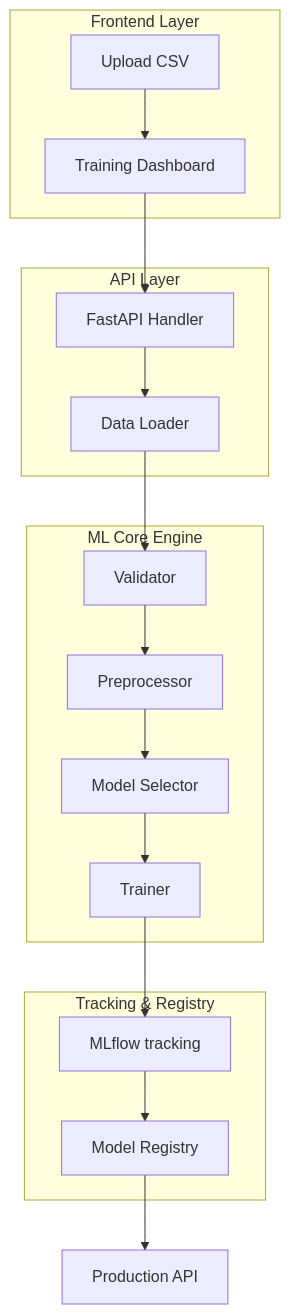
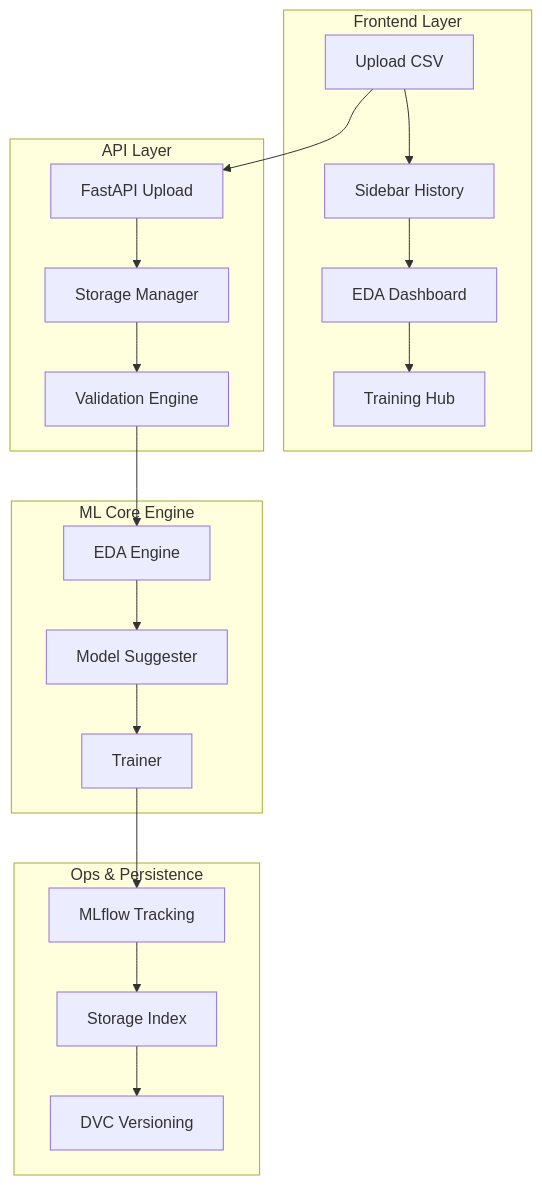
Before and after one commit to maitry2212/AUTO_ML_PIPELINE: the diagram in README.md, drawn with Mermaid. The commit also changed other lines of this file, not shown here.

Commit message:
docs: sync readme with current system architecture and features

````diff
--- a/README.md
+++ b/README.md
@@ -50,25 +56,26 @@
 ```mermaid
 graph TD
     subgraph UI_Layer [Frontend Layer]
-        A[Upload CSV] --> B[Training Dashboard]
+        A[Upload CSV] --> B[Sidebar History]
+        B --> C[EDA Dashboard]
+        C --> D[Training Hub]
     end
 
     subgraph API_Layer [API Layer]
-        B --> C[FastAPI Handler]
-        C --> D[Data Loader]
+        A --> E[FastAPI Upload]
+        E --> F[Storage Manager]
+        F --> G[Validation Engine]
     end
 
     subgraph ML_Core [ML Core Engine]
-        D --> E[Validator]
-        E --> F[Preprocessor]
-        F --> G[Model Selector]
-        G --> H[Trainer]
+        G --> H[EDA Engine]
+        H --> I[Model Suggester]
+        I --> J[Trainer]
     end
 
-    subgraph Ops_Layer [Tracking & Registry]
-        H --> I[MLflow tracking]
-        I --> J[Model Registry]
+    subgraph Tracking_Persistence [Ops & Persistence]
+        J --> K[MLflow Tracking]
+        K --> L[Storage Index]
+        L --> M[DVC Versioning]
     end
-
-    J --> K[Production API]
 ```
````
